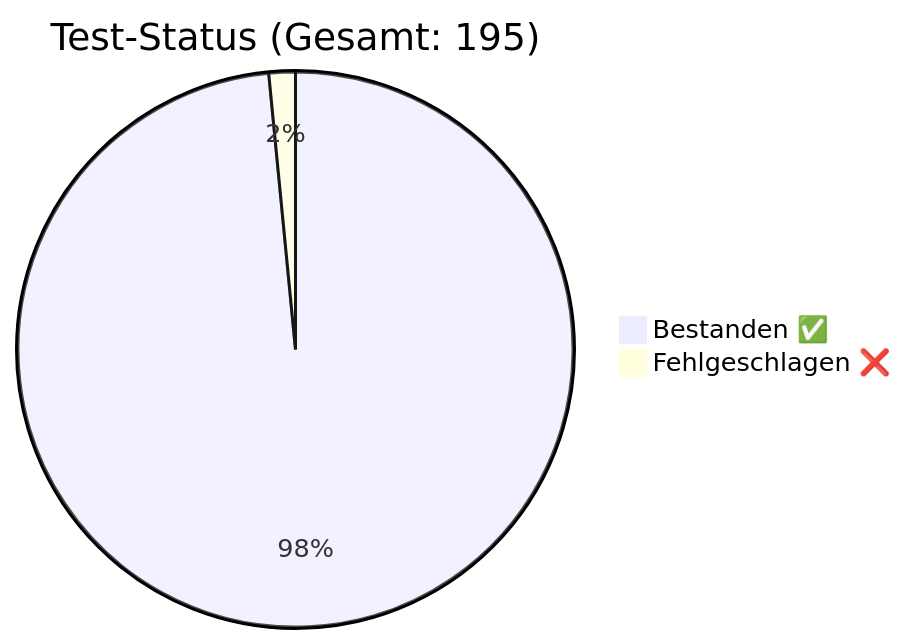
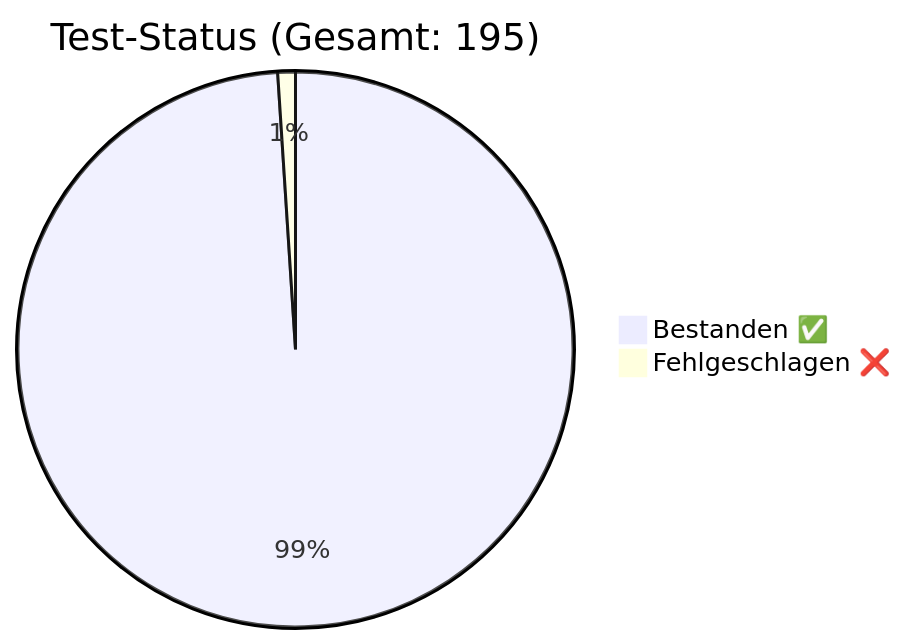
Before and after one commit to rorila/GCS: the diagram in docs/QA_Report.md, drawn with Mermaid. The commit also changed other lines of this file and 23 other files, not shown here.

````diff
--- a/docs/QA_Report.md
+++ b/docs/QA_Report.md
@@ -7,5 +7,5 @@
 ```mermaid
 pie title Test-Status (Gesamt: 195)
-    "Bestanden ✅" : 192
-    "Fehlgeschlagen ❌" : 3
+    "Bestanden ✅" : 193
+    "Fehlgeschlagen ❌" : 2
 ```
````
